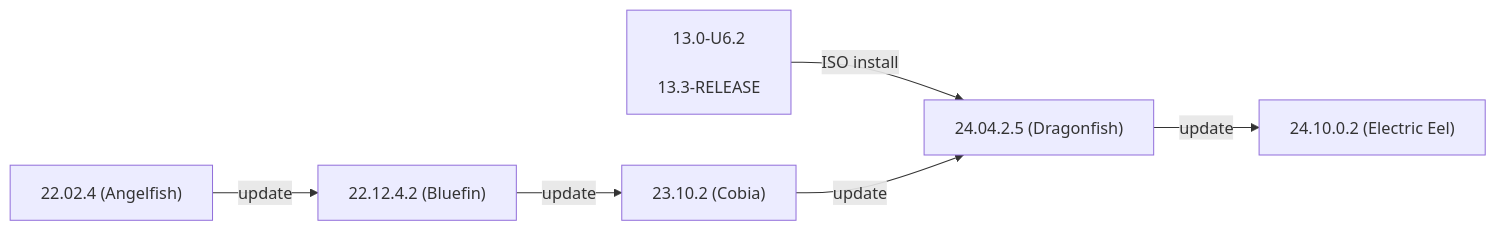
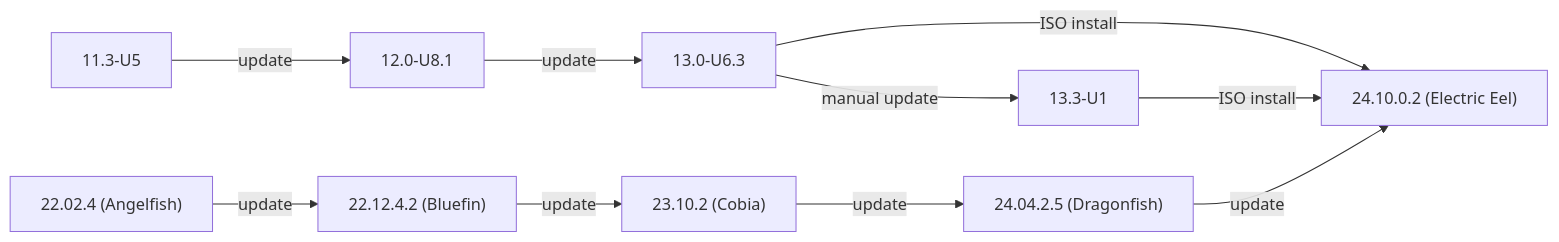
The first of 2 diagrams in static/includes/SCALEUpgradePaths.md (truenas/documentation), drawn with Mermaid before and after one commit. The commit also changed other lines of this file and 3 other files, not shown here.

```diff
--- a/static/includes/SCALEUpgradePaths.md
+++ b/static/includes/SCALEUpgradePaths.md
@@ -49,9 +49,13 @@
           {{< mermaid class="mermaid_sizing" >}}
           flowchart LR
-            A["22.02.4 (Angelfish)"] -->|update| C
-            B["13.0-U6.2<br><br>13.3-RELEASE"] -->|ISO install| E
-            C["22.12.4.2 (Bluefin)"] -->|update| D
-            D["23.10.2 (Cobia)"] -->|update| E
-            E["24.04.2.5 (Dragonfish)"] -->|update| H
-            H["24.10.0.2 (Electric Eel)"]
+            A["11.3-U5"] -->|update| B["12.0-U8.1"]
+            B -->|update| C["13.0-U6.3"]
+            C -->|manual update| E
+            C -->|ISO install| I
+            D["22.02.4 (Angelfish)"] -->|update| F
+            E["13.3-U1"] -->|ISO install| I
+            F["22.12.4.2 (Bluefin)"] -->|update| G
+            G["23.10.2 (Cobia)"] -->|update| H
+            H["24.04.2.5 (Dragonfish)"] -->|update| I
+            I["24.10.0.2 (Electric Eel)"]
           {{< /mermaid >}}
```
